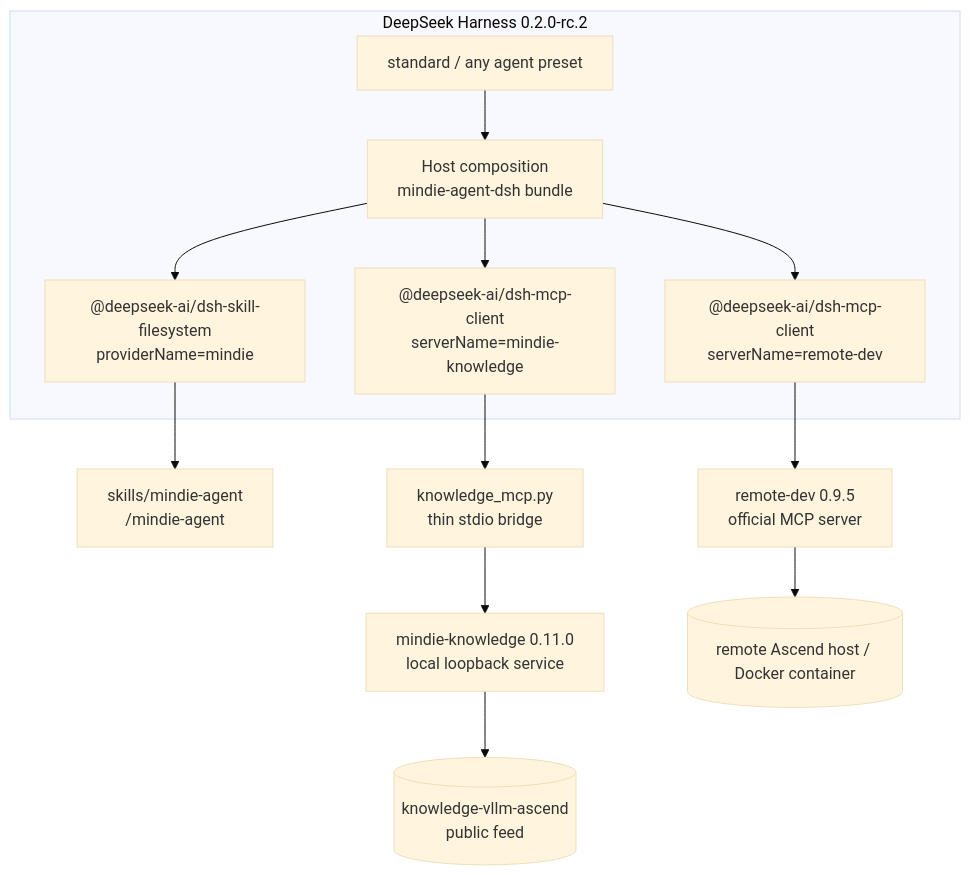
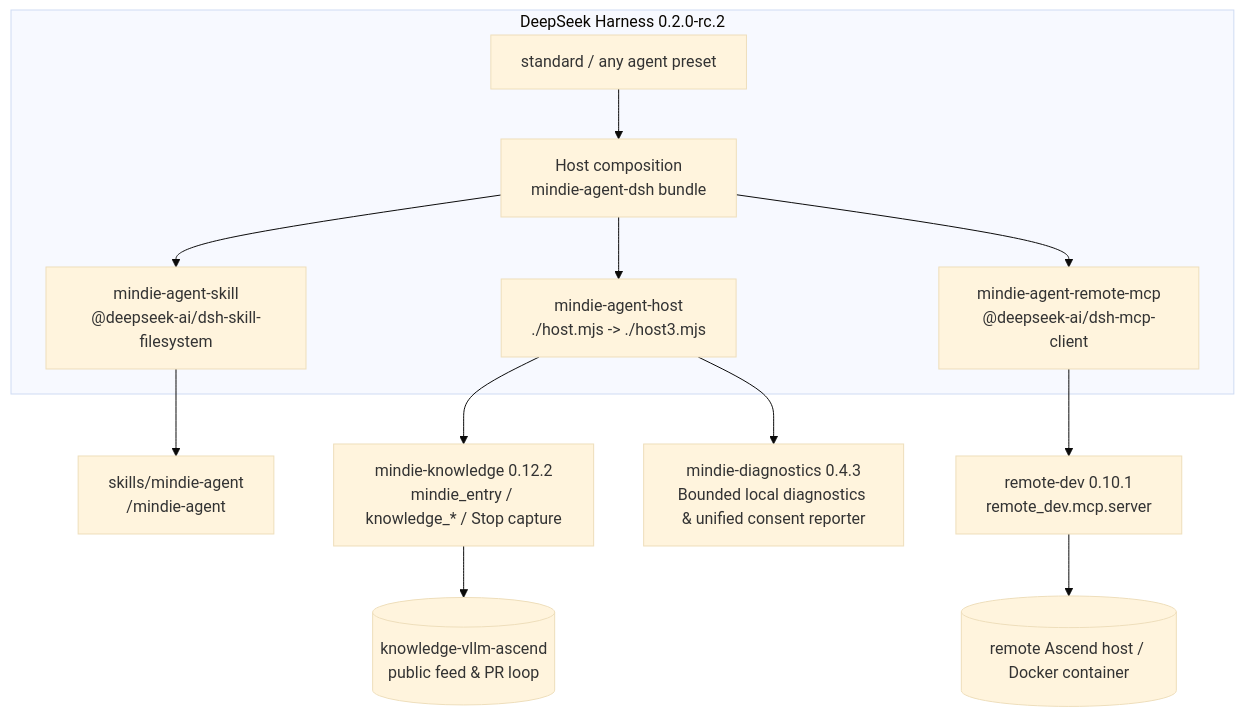
One commit to mindie-agent/mindie-agent-dsh changed the diagram in README.en.md. Above: the diagram before and after it, drawn with Mermaid (base theme). The commit also changed other lines of this file and 9 other files, not shown here.

Commit message:
docs: refine 0.0.2 release documentation and unified consent references

````diff
--- a/README.en.md
+++ b/README.en.md
@@ -138,20 +141,20 @@
 ```mermaid
 flowchart TB
   subgraph DSH["DeepSeek Harness 0.2.0-rc.2"]
     HOST["Host composition<br/>mindie-agent-dsh bundle"]
     STD["standard / any agent preset"]
-    SKILL["@deepseek-ai/dsh-skill-filesystem<br/>providerName=mindie"]
-    KMC["@deepseek-ai/dsh-mcp-client<br/>serverName=mindie-knowledge"]
-    RMC["@deepseek-ai/dsh-mcp-client<br/>serverName=remote-dev"]
+    SKILL["mindie-agent-skill<br/>@deepseek-ai/dsh-skill-filesystem"]
+    HPLUG["mindie-agent-host<br/>./host.mjs -> ./host3.mjs"]
+    RMC["mindie-agent-remote-mcp<br/>@deepseek-ai/dsh-mcp-client"]
     STD --> HOST
     HOST --> SKILL
-    HOST --> KMC
+    HOST --> HPLUG
     HOST --> RMC
   end
   SKILL --> SK["skills/mindie-agent<br/>/mindie-agent"]
-  KMC --> BR["knowledge_mcp.py<br/>thin stdio bridge"]
-  BR --> KS["mindie-knowledge 0.11.0<br/>local loopback service"]
-  KS --> FEED[("knowledge-vllm-ascend<br/>public feed")]
-  RMC --> RD["remote-dev 0.9.5<br/>official MCP server"]
+  HPLUG --> KS["mindie-knowledge 0.12.2<br/>mindie_entry / knowledge_* / Stop capture"]
+  HPLUG --> DIAG["mindie-diagnostics 0.4.3<br/>Bounded local diagnostics & unified consent reporter"]
+  KS --> FEED[("knowledge-vllm-ascend<br/>public feed & PR loop")]
+  RMC --> RD["remote-dev 0.10.1<br/>remote_dev.mcp.server"]
   RD --> NPU[("remote Ascend host / Docker container")]
 ```
````
